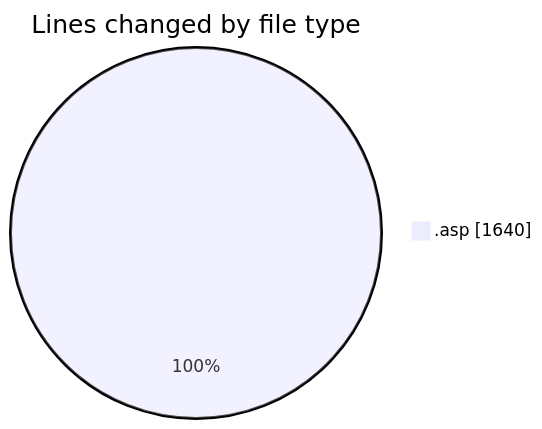
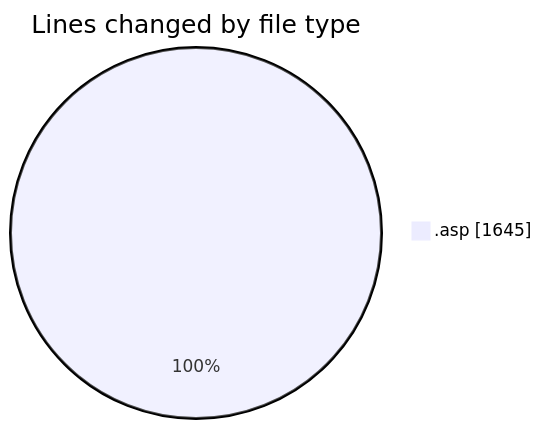
One commit to julien-gomy/code-tracking changed the first of 2 diagrams in 2025-11-05/cdp_aleoudev_fr__workspace_/README.md. Above: the diagram before and after it, drawn with Mermaid. The commit also changed other lines of this file and 1 other file, not shown here.

````diff
--- a/2025-11-05/cdp_aleoudev_fr__workspace_/README.md
+++ b/2025-11-05/cdp_aleoudev_fr__workspace_/README.md
@@ -21,5 +21,5 @@
 ```mermaid
 pie showData
 title Lines changed by file type
-".asp" : 1640
+".asp" : 1645
 ```
````
